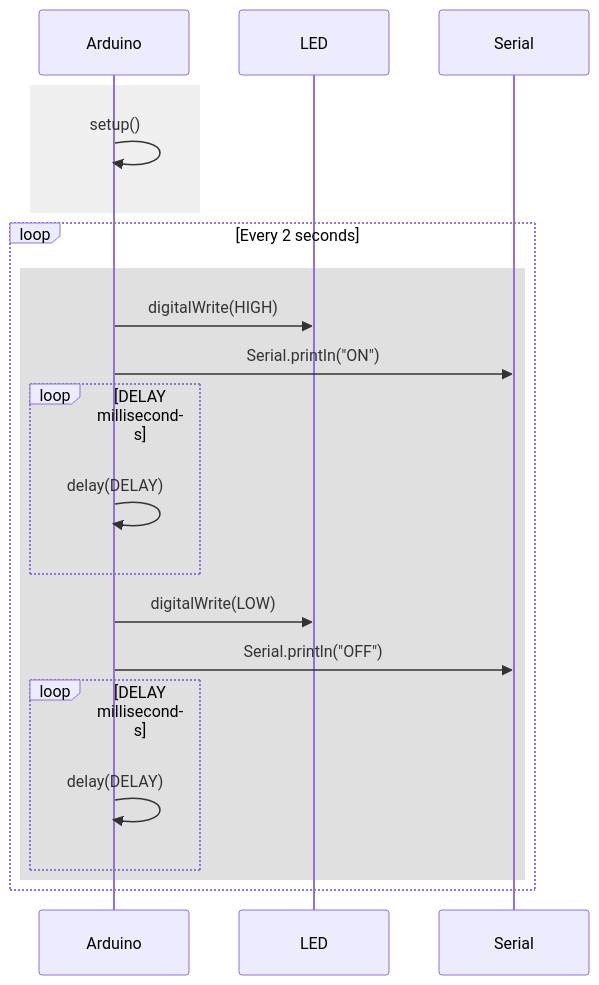
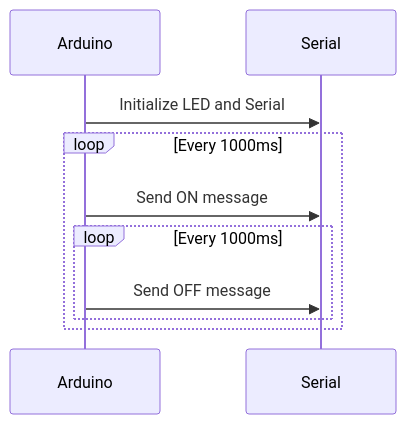
Before and after one commit to XaviFdez/Practica1: the second of 2 diagrams in README.md, drawn with Mermaid.

````diff
--- a/README.md
+++ b/README.md
@@ -190,25 +190,13 @@
 ```mermaid
 sequenceDiagram
-    participant Arduino
-    participant LED
-    participant Serial
+  participant Arduino
+  participant Serial
 
-    rect rgb(240, 240, 240)
-        Arduino->>Arduino: setup()
+  Arduino->>Serial: Initialize LED and Serial
+  loop Every 1000ms
+    Arduino->>Serial: Send ON message
+    loop Every 1000ms
+      Arduino->>Serial: Send OFF message
     end
-
-    loop Every 2 seconds
-        rect rgb(224, 224, 224)
-            Arduino->>LED: digitalWrite(HIGH)
-            Arduino->>Serial: Serial.println("ON")
-            loop DELAY milliseconds
-                Arduino->>Arduino: delay(DELAY)
-            end
-            Arduino->>LED: digitalWrite(LOW)
-            Arduino->>Serial: Serial.println("OFF")
-            loop DELAY milliseconds
-                Arduino->>Arduino: delay(DELAY)
-            end
-        end
-    end
+  end
 ```
````
